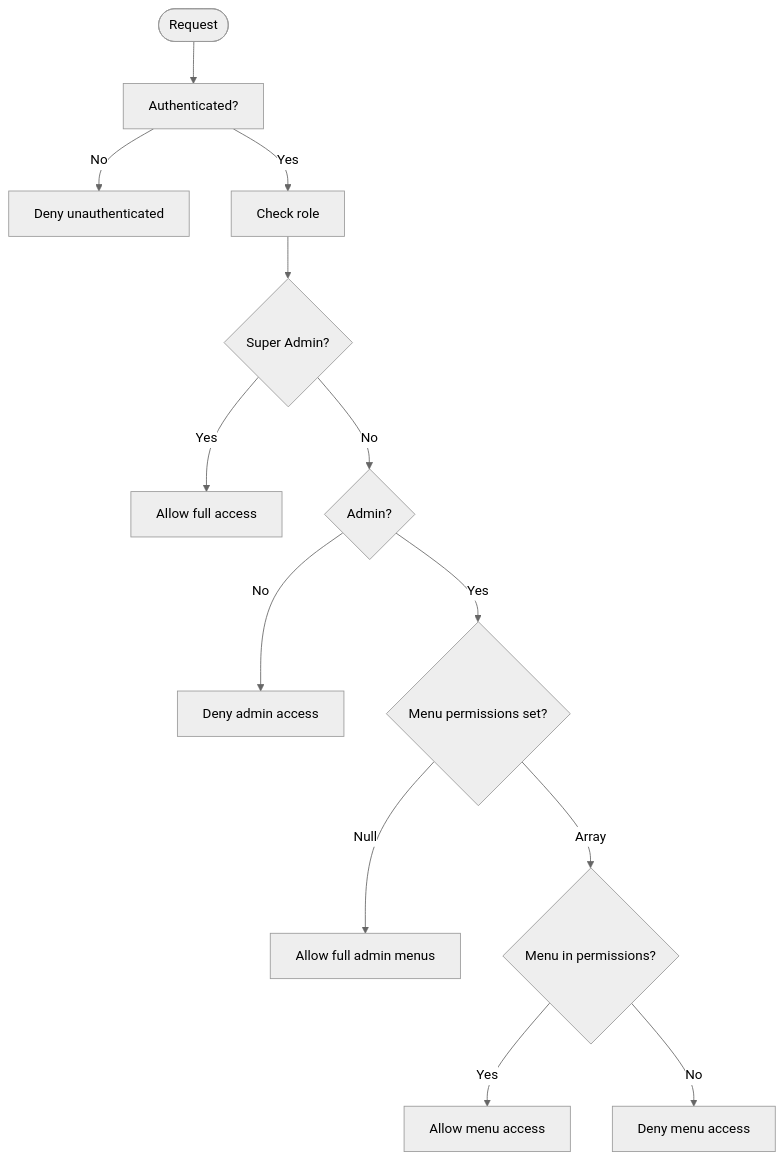
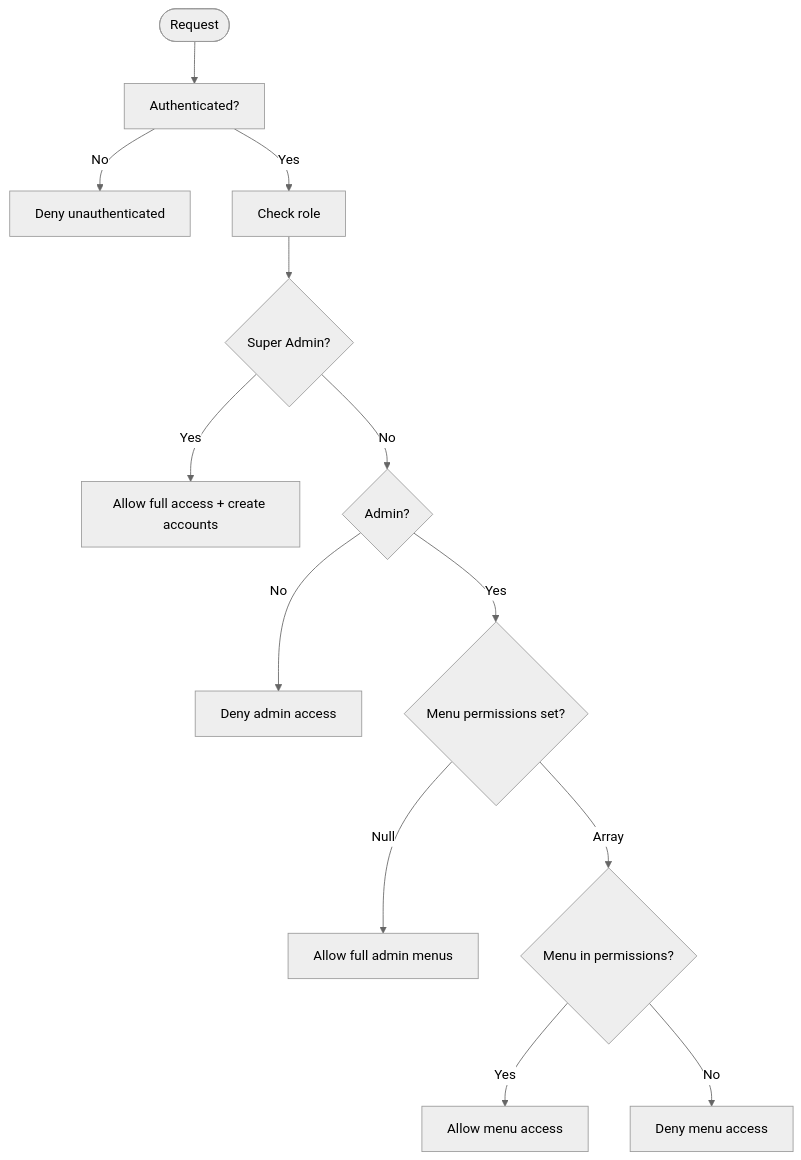
One commit to mahbub095/bus-app changed the third of 9 diagrams in .qoder/repowiki/en/content/Administrative Dashboard/User Management & Permissions.md. Above: the diagram before and after it, drawn with Mermaid (neutral theme). The commit also changed other lines of this file and 119 other files, not shown here.

````diff
--- a/.qoder/repowiki/en/content/Administrative Dashboard/User Management & Permissions.md
+++ b/.qoder/repowiki/en/content/Administrative Dashboard/User Management & Permissions.md
@@ -153,15 +161,15 @@
 ```mermaid
 flowchart TD
 Start(["Request"]) --> CheckAuth["Authenticated?"]
 CheckAuth --> |No| DenyAuth["Deny unauthenticated"]
 CheckAuth --> |Yes| CheckRole["Check role"]
 CheckRole --> IsSuper{"Super Admin?"}
-IsSuper --> |Yes| AllowAll["Allow full access"]
+IsSuper --> |Yes| AllowAll["Allow full access + create accounts"]
 IsSuper --> |No| IsAdmin{"Admin?"}
 IsAdmin --> |No| DenyAccess["Deny admin access"]
 IsAdmin --> |Yes| CheckMenus{"Menu permissions set?"}
 CheckMenus --> |Null| AllowFull["Allow full admin menus"]
 CheckMenus --> |Array| HasPerm{"Menu in permissions?"}
 HasPerm --> |Yes| AllowMenu["Allow menu access"]
 HasPerm --> |No| DenyMenu["Deny menu access"]
 ```
````
